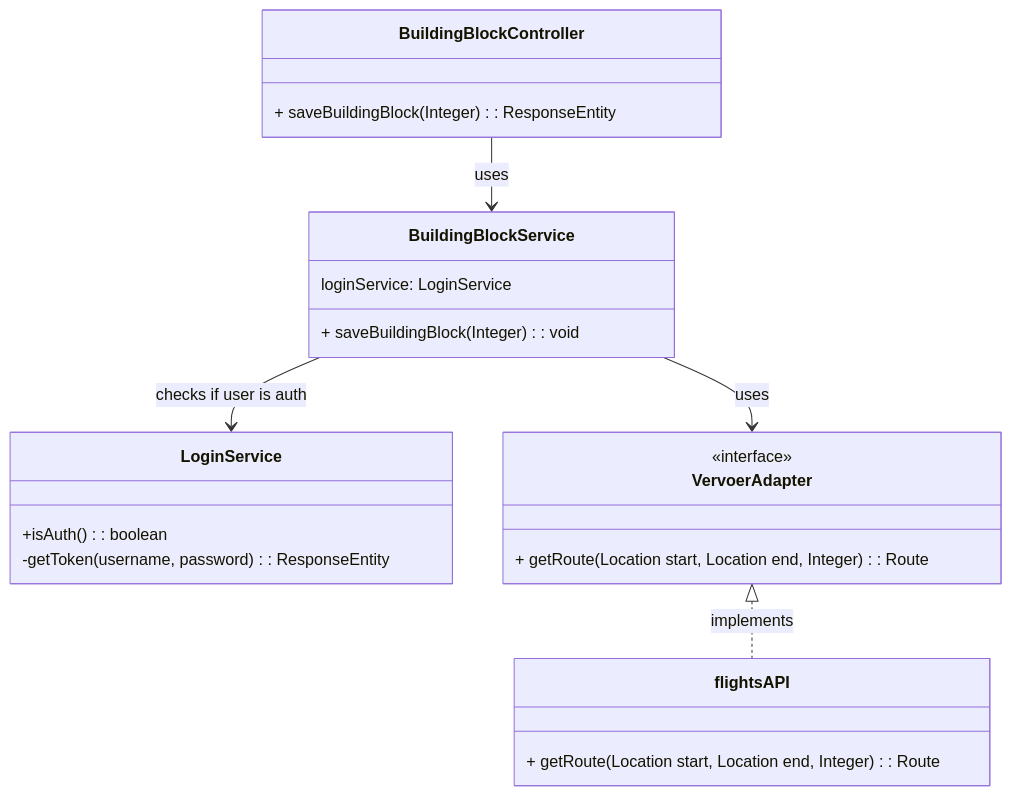
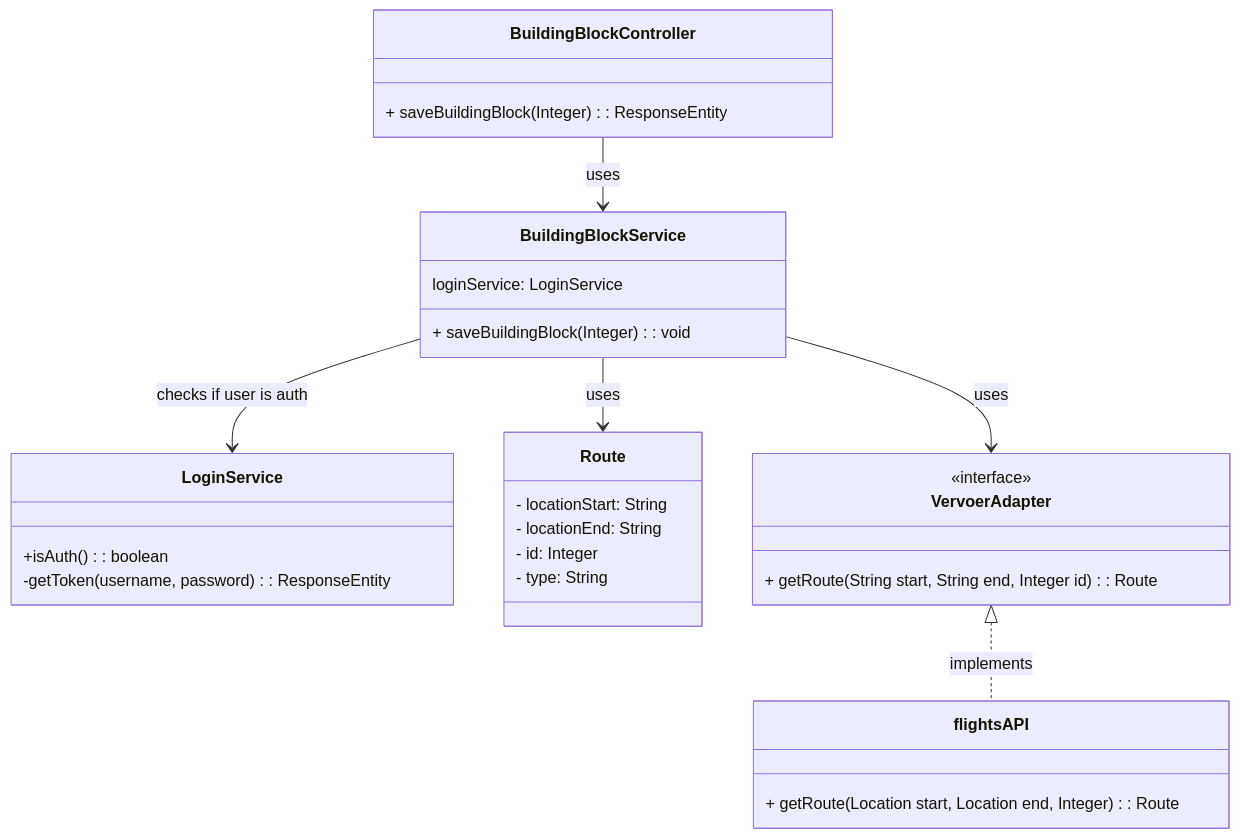
Before and after one commit to AIM-ENE-feb25/triptop-inshallahboys: the second of 2 diagrams in Week2/Les3/Youp/voorbereiding.md, drawn with Mermaid. The commit also changed 1 other file, not shown here.

Commit message:
update klassendiagram

````diff
--- a/Week2/Les3/Youp/voorbereiding.md
+++ b/Week2/Les3/Youp/voorbereiding.md
@@ -69,32 +69,40 @@
 ```mermaid
 classDiagram
 
 class BuildingBlockController {
     + saveBuildingBlock(Integer): ResponseEntity<Integer>
 }
 
 class BuildingBlockService {
     loginService: LoginService
     + saveBuildingBlock(Integer): void
 }
 
 class LoginService{
     +isAuth() : boolean
     -getToken(username, password) : ResponseEntity<String>
 }
 
+class Route {
+    - locationStart: String
+    - locationEnd: String
+    - id: Integer
+    - type: String
+}
+
 class VervoerAdapter {
     <<interface>>
-    + getRoute(Location start, Location end, Integer): Route
+    + getRoute(String start, String end, Integer id): Route
 }
 
 class flightsAPI{
     + getRoute(Location start, Location end, Integer): Route
 }
 
 BuildingBlockController --> BuildingBlockService : uses
 BuildingBlockService --> LoginService : checks if user is auth
 BuildingBlockService --> VervoerAdapter : uses
+BuildingBlockService --> Route : uses
 VervoerAdapter <|.. flightsAPI : implements
 
 ```
````
